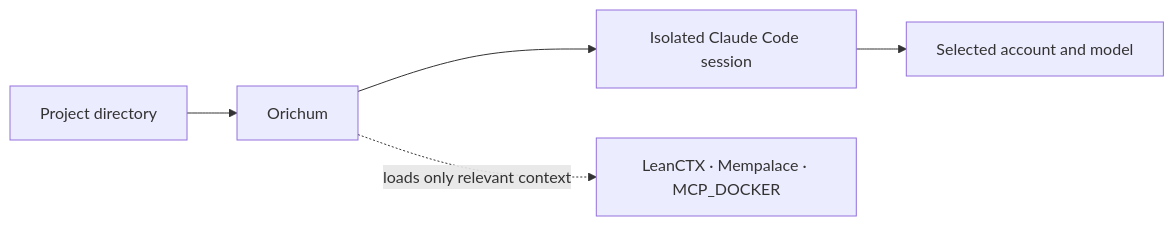
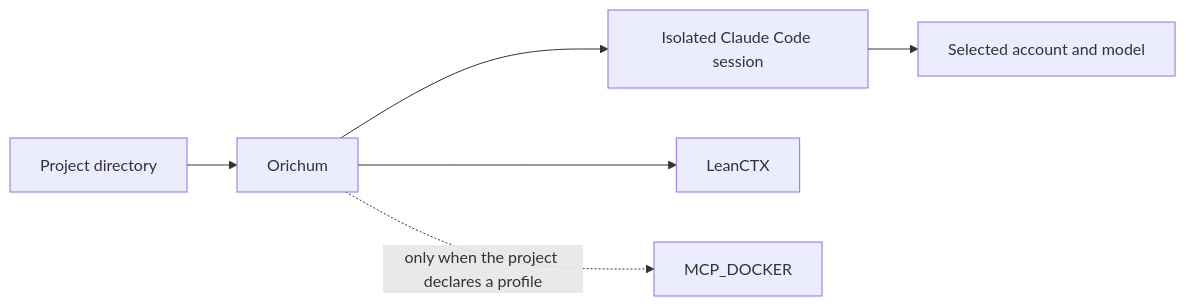
Before and after one commit to orichum/claudex-workflow: the diagram in README.md, drawn with Mermaid. The commit also changed other lines of this file and 61 other files, not shown here.

Commit message:
Complete LeanCTX-native context migration

````diff
--- a/README.md
+++ b/README.md
@@ -212,7 +215,8 @@
 ```mermaid
 flowchart LR
     P["Project directory"] --> O["Orichum"]
     O --> S["Isolated Claude Code session"]
     S --> M["Selected account and model"]
-    O -. "loads only relevant context" .-> T["LeanCTX · Mempalace · MCP_DOCKER"]
+    O --> L["LeanCTX"]
+    O -. "only when the project declares a profile" .-> D["MCP_DOCKER"]
 ```
````
